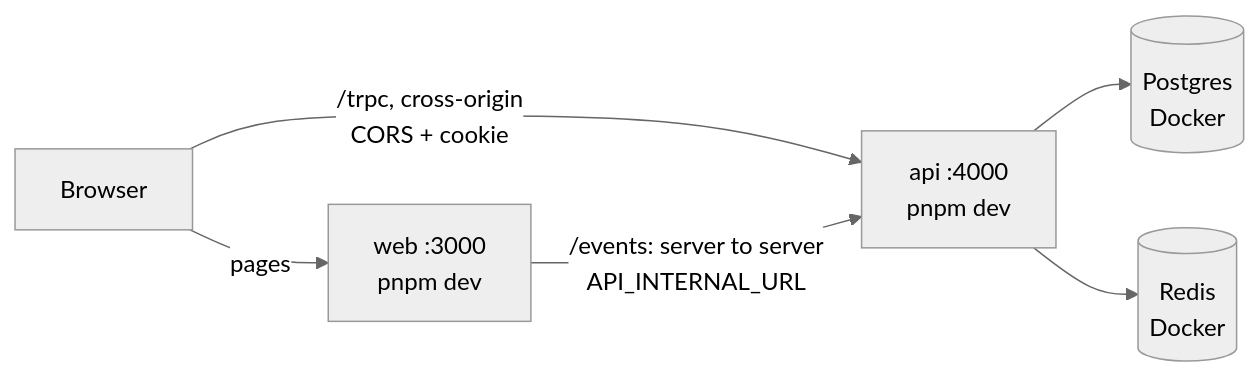
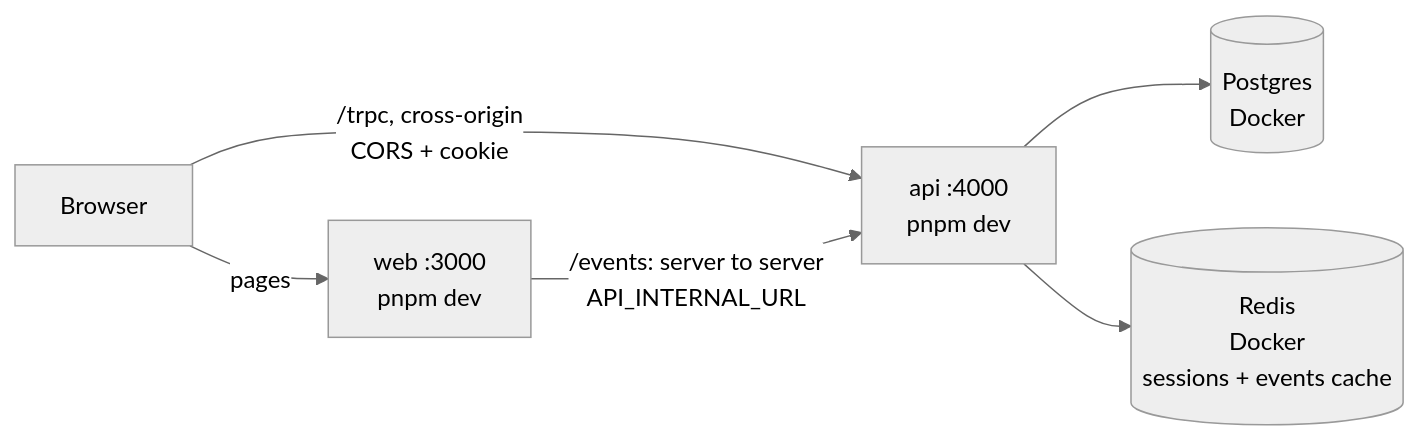
Before and after one commit to maheshnd/minitickets: the second of 5 diagrams in docs/handbook/00-big-picture.md, drawn with Mermaid (neutral theme). The commit also changed other lines of this file and 18 other files, not shown here.

Commit message:
feat(events): cache-aside for events.list in Redis, with graceful degradation

````diff
--- a/docs/handbook/00-big-picture.md
+++ b/docs/handbook/00-big-picture.md
@@ -55,8 +55,8 @@
 ```mermaid
 flowchart LR
     browser["Browser"] -->|"pages"| web["web :3000<br/>pnpm dev"]
     browser -->|"/trpc, cross-origin<br/>CORS + cookie"| api["api :4000<br/>pnpm dev"]
     web -->|"/events: server to server<br/>API_INTERNAL_URL"| api
     api --> pg[("Postgres<br/>Docker")]
-    api --> redis[("Redis<br/>Docker")]
+    api --> redis[("Redis<br/>Docker<br/>sessions + events cache")]
 ```
````
